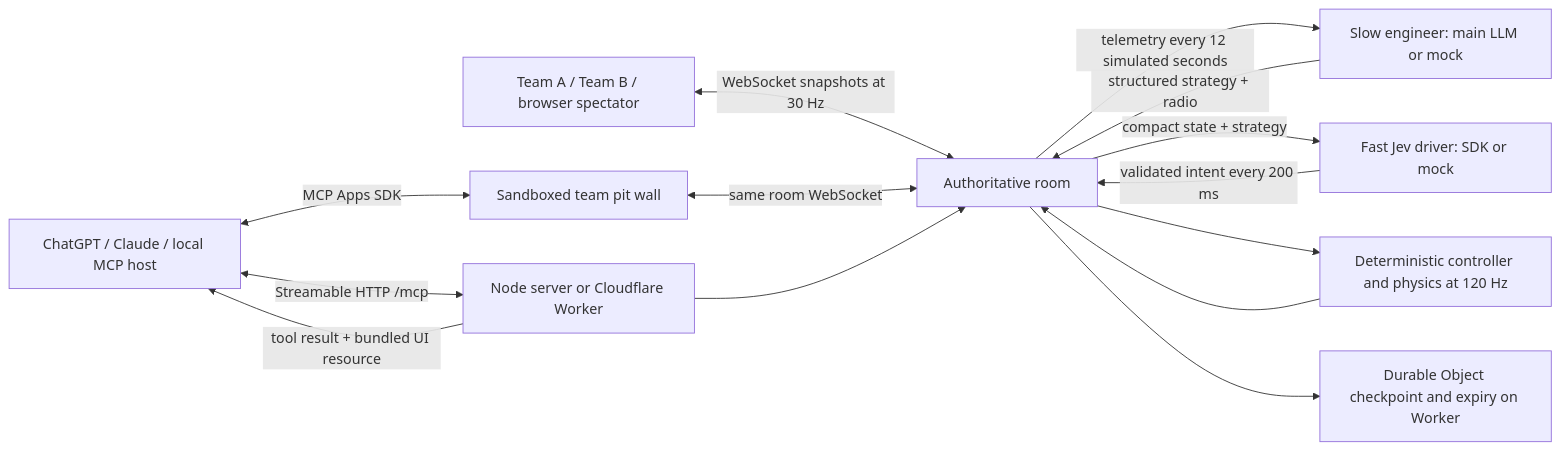
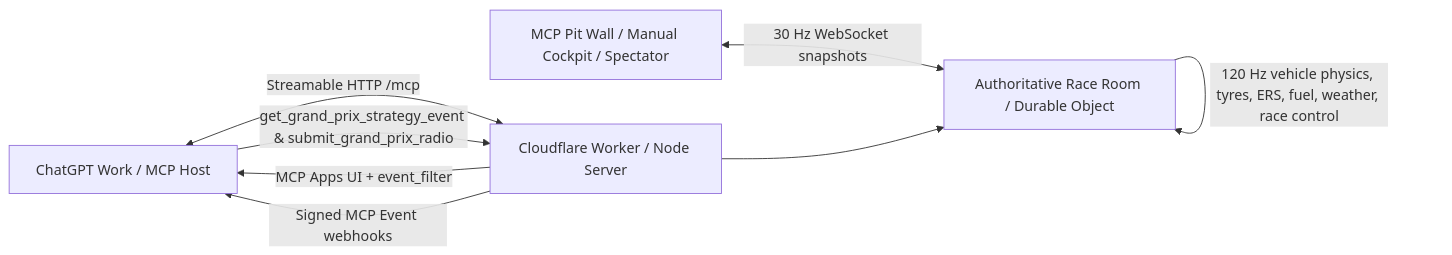
Before and after one commit to infoxicator/mcp-events-grand-prix: the diagram in README.md, drawn with Mermaid. The commit also changed other lines of this file, not shown here.

Commit message:
Update README with current game mechanics and remove jev references

````diff
--- a/README.md
+++ b/README.md
@@ -131,16 +16,10 @@
 ```mermaid
 flowchart LR
-    H[ChatGPT / Claude / local MCP host] <-->|Streamable HTTP /mcp| S[Node server or Cloudflare Worker]
-    S -->|tool result + bundled UI resource| H
-    H <-->|MCP Apps SDK| A[Sandboxed team pit wall]
-    W[Team A / Team B / browser spectator] <-->|WebSocket snapshots at 30 Hz| R[Authoritative room]
-    A <-->|same room WebSocket| R
-    S --> R
-    R -->|telemetry every 12 simulated seconds| E[Slow engineer: main LLM or mock]
-    E -->|structured strategy + radio| R
-    R -->|compact state + strategy| J[Fast Jev driver: SDK or mock]
-    J -->|validated intent every 200 ms| R
-    R --> P[Deterministic controller and physics at 120 Hz]
-    P --> R
-    R --> D[Durable Object checkpoint and expiry on Worker]
+    C[ChatGPT Work / MCP Host] <-->|Streamable HTTP /mcp| W[Cloudflare Worker / Node Server]
+    W -->|MCP Apps UI + event_filter| C
+    W -->|Signed MCP Event webhooks| C
+    C -->|get_grand_prix_strategy_event & submit_grand_prix_radio| W
+    A[MCP Pit Wall / Manual Cockpit / Spectator] <-->|30 Hz WebSocket snapshots| R[Authoritative Race Room / Durable Object]
+    W --> R
+    R -->|120 Hz vehicle physics, tyres, ERS, fuel, weather, race control| R
 ```
````
